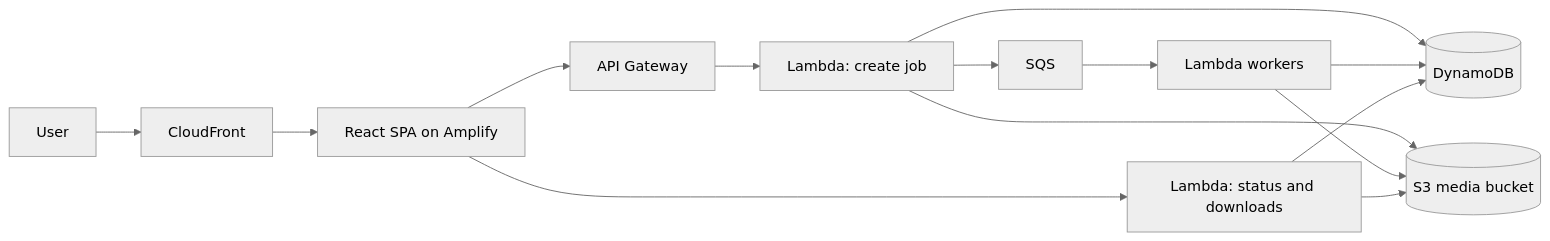
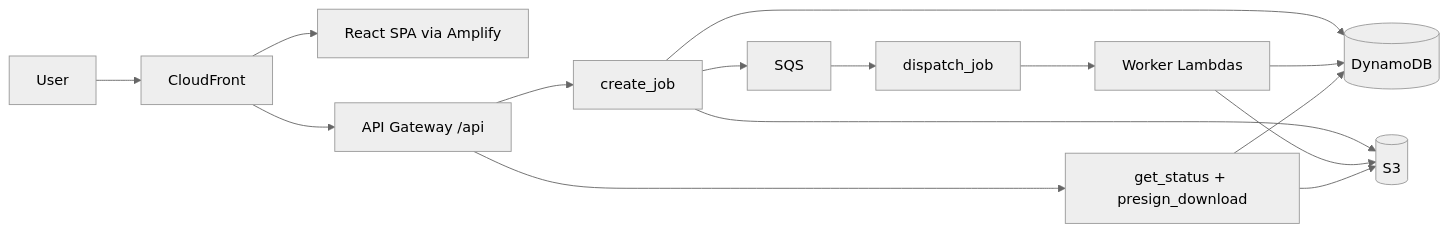
One commit to paboobhzx/superdoc changed the diagram in README.md. Above: the diagram before and after it, drawn with Mermaid (neutral theme). The commit also changed other lines of this file and 22 other files, not shown here.

````diff
--- a/README.md
+++ b/README.md
@@ -47,16 +45,17 @@
 ```mermaid
 flowchart LR
   user[User] --> cf[CloudFront]
-  cf --> app[React SPA on Amplify]
-  app --> api[API Gateway]
-  api --> create[Lambda: create job]
+  cf --> app[React SPA via Amplify]
+  cf --> api[API Gateway /api]
+  api --> create[create_job]
   create --> db[(DynamoDB)]
-  create --> bucket[(S3 media bucket)]
+  create --> bucket[(S3)]
   create --> queue[SQS]
-  queue --> worker[Lambda workers]
-  worker --> db
-  worker --> bucket
-  app --> status[Lambda: status and downloads]
+  queue --> dispatch[dispatch_job]
+  dispatch --> workers[Worker Lambdas]
+  workers --> db
+  workers --> bucket
+  api --> status[get_status + presign_download]
   status --> db
   status --> bucket
 ```
````
